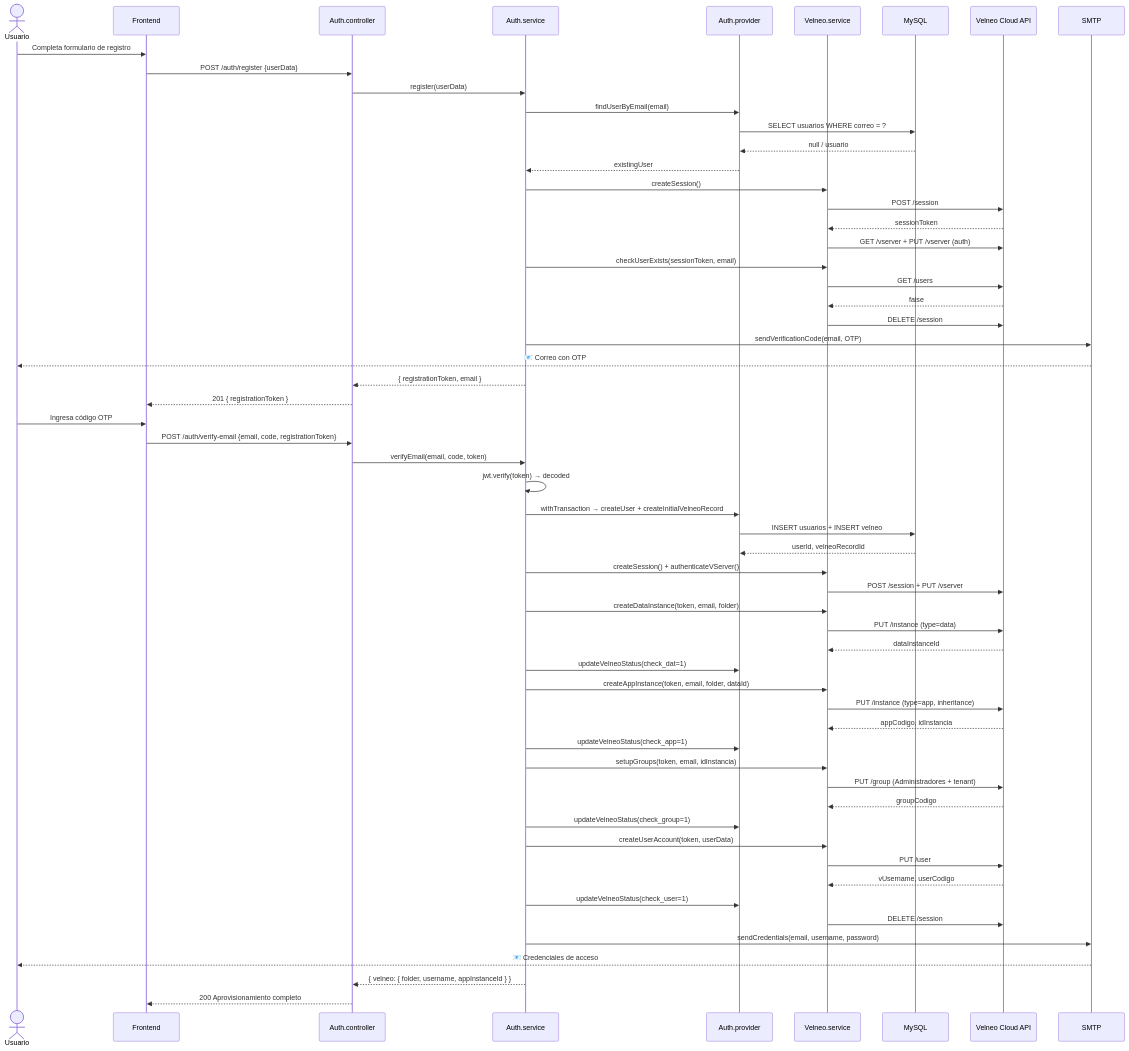
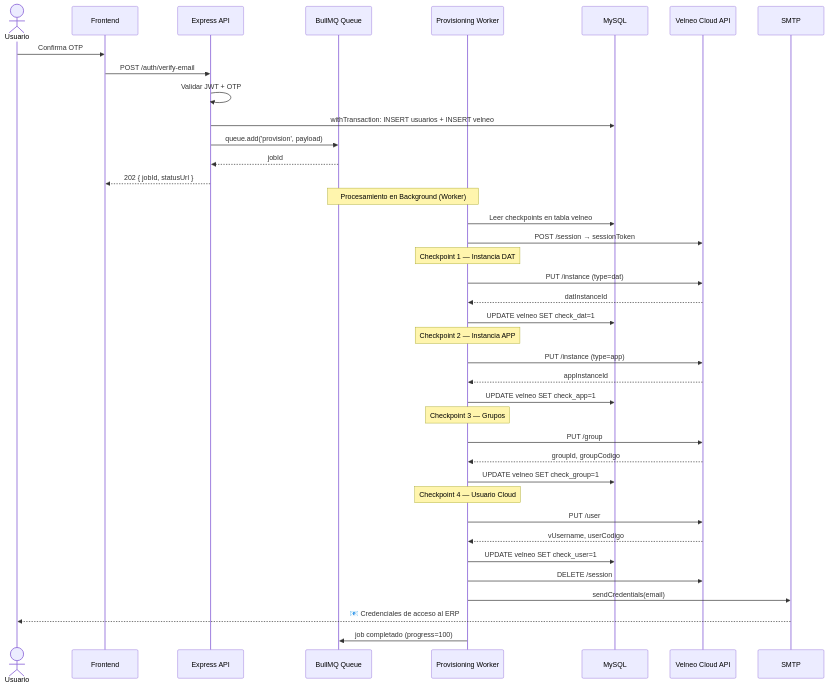
Before and after one commit to arturomiranda/ds-qs: the second of 4 diagrams in web/modulos/registro/registro.md, drawn with Mermaid. The commit also changed other lines of this file, not shown here.

Commit message:
integracion del modulo de registro

````diff
--- a/web/modulos/registro/registro.md
+++ b/web/modulos/registro/registro.md
@@ -227,70 +158,44 @@
 ```mermaid
 sequenceDiagram
     actor U as Usuario
     participant FE as Frontend
-    participant C as Auth.controller
-    participant S as Auth.service
-    participant P as Auth.provider
-    participant VS as Velneo.service
+    participant API as Express API
+    participant Q as BullMQ Queue
+    participant W as Provisioning Worker
     participant DB as MySQL
     participant VC as Velneo Cloud API
     participant MAIL as SMTP
 
-    U->>FE: Completa formulario de registro
-    FE->>C: POST /auth/register {userData}
-    C->>S: register(userData)
-    S->>P: findUserByEmail(email)
-    P->>DB: SELECT usuarios WHERE correo = ?
-    DB-->>P: null / usuario
-    P-->>S: existingUser
+    U->>FE: Confirma OTP
+    FE->>API: POST /auth/verify-email
+    API->>API: Validar JWT + OTP
+    API->>DB: withTransaction: INSERT usuarios + INSERT velneo
+    API->>Q: queue.add('provision', payload)
+    Q-->>API: jobId
+    API-->>FE: 202 { jobId, statusUrl }
 
-    S->>VS: createSession()
-    VS->>VC: POST /session
-    VC-->>VS: sessionToken
-    VS->>VC: GET /vserver + PUT /vserver (auth)
-    S->>VS: checkUserExists(sessionToken, email)
-    VS->>VC: GET /users
-    VC-->>VS: false
-    VS->>VC: DELETE /session
-    S->>MAIL: sendVerificationCode(email, OTP)
-    MAIL-->>U: 📧 Correo con OTP
-    S-->>C: { registrationToken, email }
-    C-->>FE: 201 { registrationToken }
+    Note over Q,W: Procesamiento en Background (Worker)
 
-    U->>FE: Ingresa código OTP
-    FE->>C: POST /auth/verify-email {email, code, registrationToken}
-    C->>S: verifyEmail(email, code, token)
-    S->>S: jwt.verify(token) → decoded
-    S->>P: withTransaction → createUser + createInitialVelneoRecord
-    P->>DB: INSERT usuarios + INSERT velneo
-    DB-->>P: userId, velneoRecordId
-
-    S->>VS: createSession() + authenticateVServer()
-    VS->>VC: POST /session + PUT /vserver
-
-    S->>VS: createDataInstance(token, email, folder)
-    VS->>VC: PUT /instance (type=data)
-    VC-->>VS: dataInstanceId
-    S->>P: updateVelneoStatus(check_dat=1)
-
-    S->>VS: createAppInstance(token, email, folder, dataId)
-    VS->>VC: PUT /instance (type=app, inheritance)
-    VC-->>VS: appCodigo, idInstancia
-    S->>P: updateVelneoStatus(check_app=1)
-
-    S->>VS: setupGroups(token, email, idInstancia)
-    VS->>VC: PUT /group (Administradores + tenant)
-    VC-->>VS: groupCodigo
-    S->>P: updateVelneoStatus(check_group=1)
-
-    S->>VS: createUserAccount(token, userData)
-    VS->>VC: PUT /user
-    VC-->>VS: vUsername, userCodigo
-    S->>P: updateVelneoStatus(check_user=1)
-
-    VS->>VC: DELETE /session
-    S->>MAIL: sendCredentials(email, username, password)
-    MAIL-->>U: 📧 Credenciales de acceso
-    S-->>C: { velneo: { folder, username, appInstanceId } }
-    C-->>FE: 200 Aprovisionamiento completo
+    W->>DB: Leer checkpoints en tabla velneo
+    W->>VC: POST /session → sessionToken
+    Note over W: Checkpoint 1 — Instancia DAT
+    W->>VC: PUT /instance (type=dat)
+    VC-->>W: datInstanceId
+    W->>DB: UPDATE velneo SET check_dat=1
+    Note over W: Checkpoint 2 — Instancia APP
+    W->>VC: PUT /instance (type=app)
+    VC-->>W: appInstanceId
+    W->>DB: UPDATE velneo SET check_app=1
+    Note over W: Checkpoint 3 — Grupos
+    W->>VC: PUT /group
+    VC-->>W: groupId, groupCodigo
+    W->>DB: UPDATE velneo SET check_group=1
+    Note over W: Checkpoint 4 — Usuario Cloud
+    W->>VC: PUT /user
+    VC-->>W: vUsername, userCodigo
+    W->>DB: UPDATE velneo SET check_user=1
+    W->>VC: DELETE /session
+    W->>MAIL: sendCredentials(email)
+    MAIL-->>U: 📧 Credenciales de acceso al ERP
+    W->>Q: job completado (progress=100)
 ```
````
